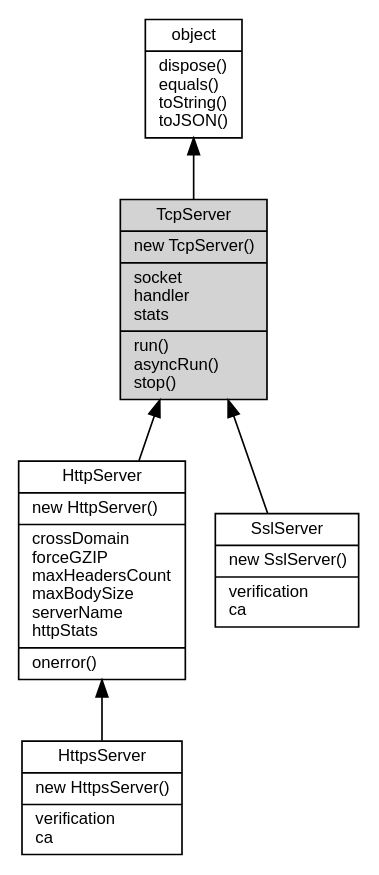
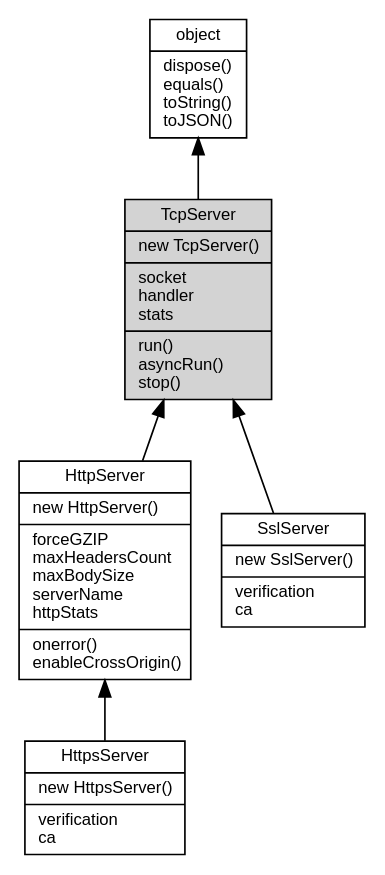
Before and after one commit to fibjs/fibjs.org: the diagram in docs/manual/object/ifs/TcpServer.md, drawn with Graphviz. The commit also changed 241 other files, not shown here.

````diff
--- a/docs/manual/object/ifs/TcpServer.md
+++ b/docs/manual/object/ifs/TcpServer.md
@@ -20,16 +20,16 @@
 ```dot
 digraph {
     node [fontname="Helvetica,sans-Serif", fontsize=10, shape="record", style="filled", fillcolor="white"];
 
     object [tooltip="object", URL="object.md", label="{object|dispose()\lequals()\ltoString()\ltoJSON()\l}"];
     TcpServer [tooltip="TcpServer", fillcolor="lightgray", label="{TcpServer|new TcpServer()\l|socket\lhandler\lstats\l|run()\lasyncRun()\lstop()\l}"];
-    HttpServer [tooltip="HttpServer", URL="HttpServer.md", label="{HttpServer|new HttpServer()\l|crossDomain\lforceGZIP\lmaxHeadersCount\lmaxBodySize\lserverName\lhttpStats\l|onerror()\l}"];
+    HttpServer [tooltip="HttpServer", URL="HttpServer.md", label="{HttpServer|new HttpServer()\l|forceGZIP\lmaxHeadersCount\lmaxBodySize\lserverName\lhttpStats\l|onerror()\lenableCrossOrigin()\l}"];
     HttpsServer [tooltip="HttpsServer", URL="HttpsServer.md", label="{HttpsServer|new HttpsServer()\l|verification\lca\l}"];
     SslServer [tooltip="SslServer", URL="SslServer.md", label="{SslServer|new SslServer()\l|verification\lca\l}"];
 
     object -> TcpServer [dir=back];
     TcpServer -> HttpServer [dir=back];
     HttpServer -> HttpsServer [dir=back];
     TcpServer -> SslServer [dir=back];
 }
 ```
````
